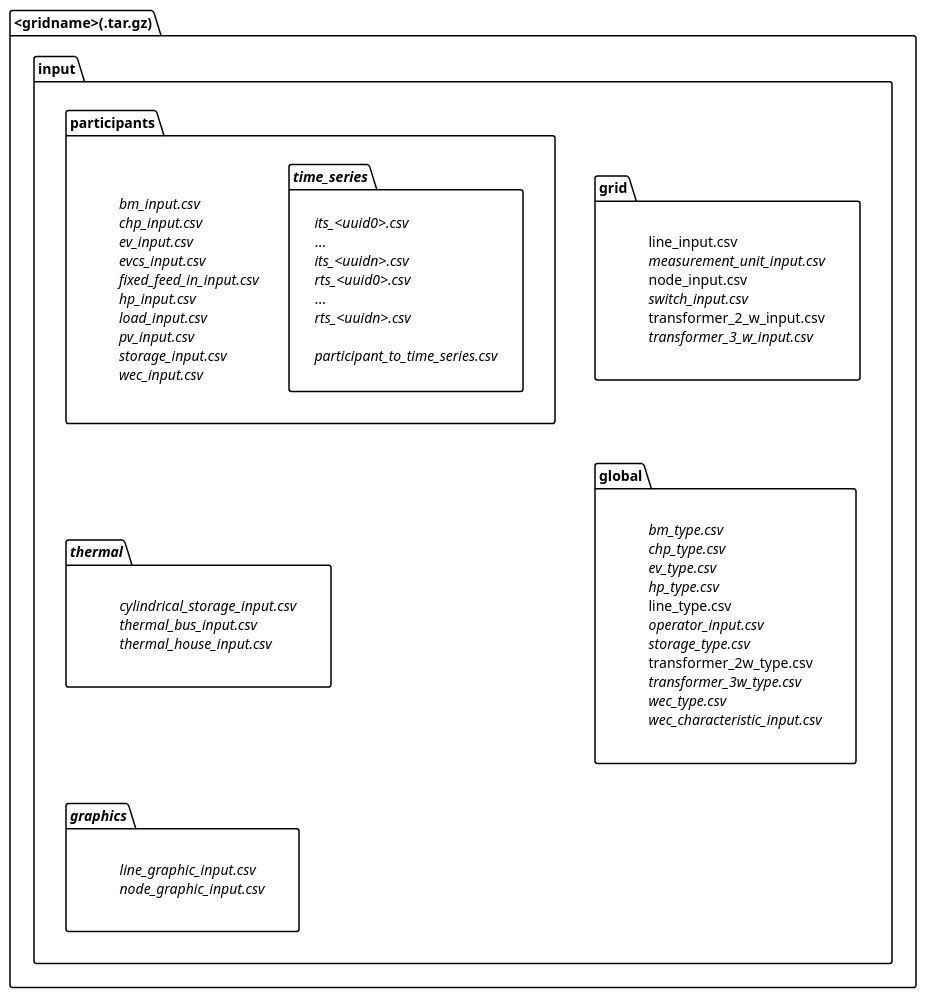
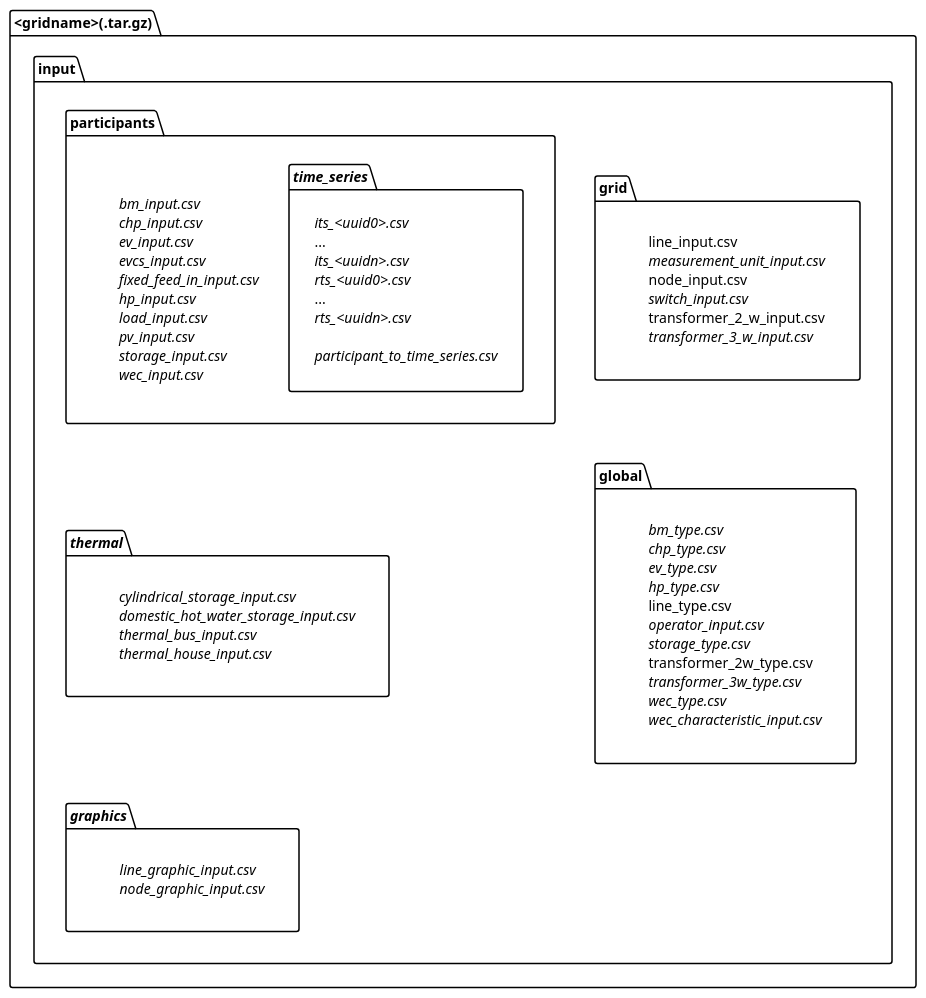
Before and after one commit to ie3-institute/PowerSystemDataModel: the diagram in docs/uml/main/input/DefaultInputDirectoryHierarchy.puml, drawn with PlantUML. The commit also changed 3 other files, not shown here.

Commit message:
introduce changes also to all other puml diagrams

```diff
--- a/docs/uml/main/input/DefaultInputDirectoryHierarchy.puml
+++ b/docs/uml/main/input/DefaultInputDirectoryHierarchy.puml
@@ -1,30 +1,30 @@
 @startuml
 
 package <gridname>(.tar.gz) {
     package input {
         package global {
             label "//bm_type.csv//\n//chp_type.csv//\n//ev_type.csv//\n//hp_type.csv//\nline_type.csv\n//operator_input.csv//\n//storage_type.csv//\ntransformer_2w_type.csv\n//transformer_3w_type.csv//\n//wec_type.csv//\n//wec_characteristic_input.csv//"
         }
         package grid {
             label "line_input.csv\n//measurement_unit_input.csv//\nnode_input.csv\n//switch_input.csv//\ntransformer_2_w_input.csv\n//transformer_3_w_input.csv//"
         }
         package "//thermal//" as th {
-            label "//cylindrical_storage_input.csv//\n//thermal_bus_input.csv//\n//thermal_house_input.csv//"
+            label "//cylindrical_storage_input.csv//\n//domestic_hot_water_storage_input.csv//\n//thermal_bus_input.csv//\n//thermal_house_input.csv//"
         }
         package participants {
             label "//bm_input.csv//\n//chp_input.csv//\n//ev_input.csv//\n//evcs_input.csv//\n//fixed_feed_in_input.csv//\n//hp_input.csv//\n//load_input.csv//\n//pv_input.csv//\n//storage_input.csv//\n//wec_input.csv//"
             package //time_series// {
                 label "//its_<uuid0>.csv//\n...\n//its_<uuidn>.csv//\n//rts_<uuid0>.csv//\n...\n//rts_<uuidn>.csv//\n\n//participant_to_time_series.csv//"
             }
         }
         package //graphics// as gr {
             label "//line_graphic_input.csv//\n//node_graphic_input.csv//"
         }
 
         grid -[hidden]- global
         participants -[hidden]- th
         th -[hidden]- gr
     }
 }
 
 @enduml
```
